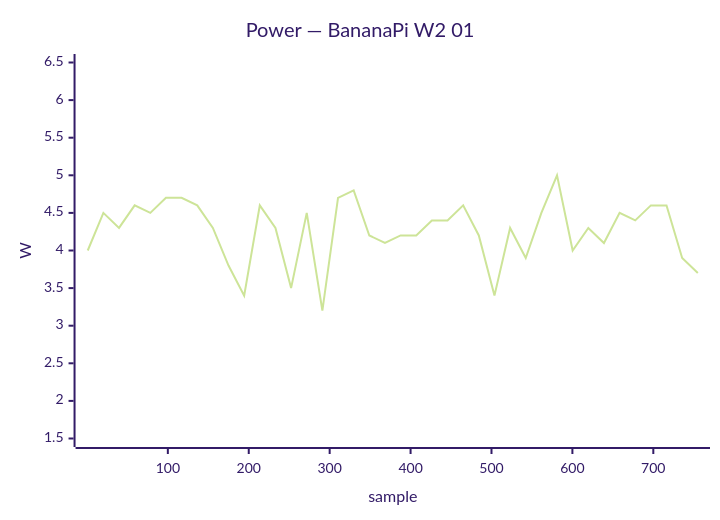
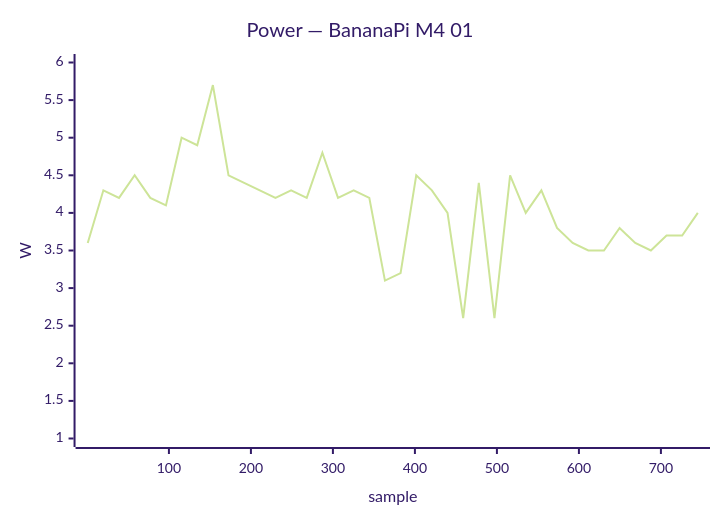
One commit to armbian/documentation changed diagram 11 of 48 in docs/status/board-tests.md. Above: the diagram before and after it, drawn with Mermaid (forest theme). The commit also changed other lines of this file, not shown here.

````diff
--- a/docs/status/board-tests.md
+++ b/docs/status/board-tests.md
@@ -427,7 +530,7 @@
 ```mermaid
 xychart-beta
-    title "Power — BananaPi W2 01"
-    x-axis "sample" 1 --> 755
-    y-axis "W" 1.5 --> 6.5
-    line [4.0, 4.5, 4.3, 4.6, 4.5, 4.7, 4.7, 4.6, 4.3, 3.8, 3.4, 4.6, 4.3, 3.5, 4.5, 3.2, 4.7, 4.8, 4.2, 4.1, 4.2, 4.2, 4.4, 4.4, 4.6, 4.2, 3.4, 4.3, 3.9, 4.5, 5.0, 4.0, 4.3, 4.1, 4.5, 4.4, 4.6, 4.6, 3.9, 3.7]
+    title "Power — BananaPi M4 01"
+    x-axis "sample" 1 --> 745
+    y-axis "W" 1.0 --> 6.0
+    line [3.6, 4.3, 4.2, 4.5, 4.2, 4.1, 5.0, 4.9, 5.7, 4.5, 4.4, 4.3, 4.2, 4.3, 4.2, 4.8, 4.2, 4.3, 4.2, 3.1, 3.2, 4.5, 4.3, 4.0, 2.6, 4.4, 2.6, 4.5, 4.0, 4.3, 3.8, 3.6, 3.5, 3.5, 3.8, 3.6, 3.5, 3.7, 3.7, 4.0]
 ```
````
